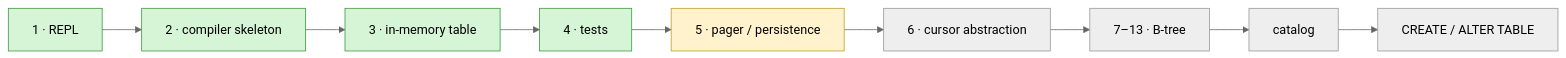
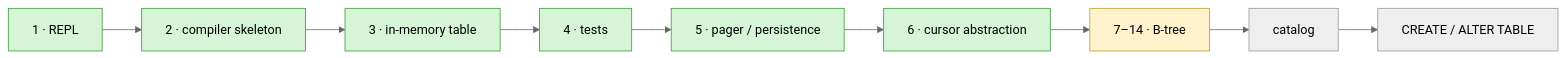
Diagram 14 of 14 in README.md (Rohitangshu2026/mini-sql), drawn with Mermaid (neutral theme) before and after one commit. The commit also changed other lines of this file, not shown here.

````diff
--- a/README.md
+++ b/README.md
@@ -596,17 +633,17 @@
 ```mermaid
 flowchart LR
     P1["1 · REPL"] --> P2["2 · compiler skeleton"] --> P3["3 · in-memory table"] --> P4["4 · tests"]
     P4 --> P5["5 · pager / persistence"]
     P5 --> P6["6 · cursor abstraction"]
-    P6 --> P7["7–13 · B-tree"]
+    P6 --> P7["7–14 · B-tree"]
     P7 --> CAT["catalog"]
     CAT --> DDL["CREATE / ALTER TABLE"]
 
     classDef done fill:#d6f5d6,stroke:#3a9a3a;
     classDef now fill:#fff2cc,stroke:#bba12a;
     classDef todo fill:#eeeeee,stroke:#999999;
 
-    class P1,P2,P3,P4 done;
-    class P5 now;
-    class P6,P7,CAT,DDL todo;
+    class P1,P2,P3,P4,P5,P6 done;
+    class P7 now;
+    class CAT,DDL todo;
 ```
````
